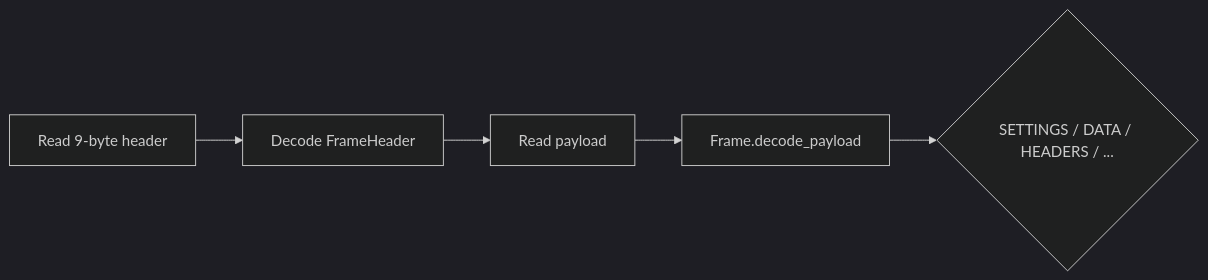
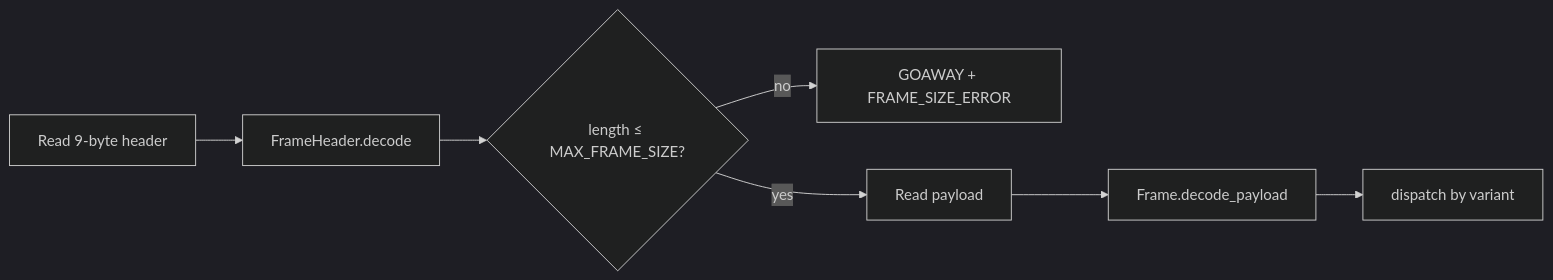
One commit to verum-lang/website changed the first of 2 diagrams in docs/stdlib/http2.md. Above: the diagram before and after it, drawn with Mermaid (dark theme). The commit also changed other lines of this file and 1 other file, not shown here.

````diff
--- a/docs/stdlib/http2.md
+++ b/docs/stdlib/http2.md
@@ -36,7 +59,9 @@
 ```mermaid
 flowchart LR
-    R[Read 9-byte header] --> D[Decode FrameHeader]
-    D --> P[Read payload]
+    R[Read 9-byte header] --> D[FrameHeader.decode]
+    D --> B{length ≤ MAX_FRAME_SIZE?}
+    B -->|no| G[GOAWAY + FRAME_SIZE_ERROR]
+    B -->|yes| P[Read payload]
     P --> F[Frame.decode_payload]
-    F --> S{SETTINGS / DATA / HEADERS / ...}
+    F --> M[dispatch by variant]
 ```
````
